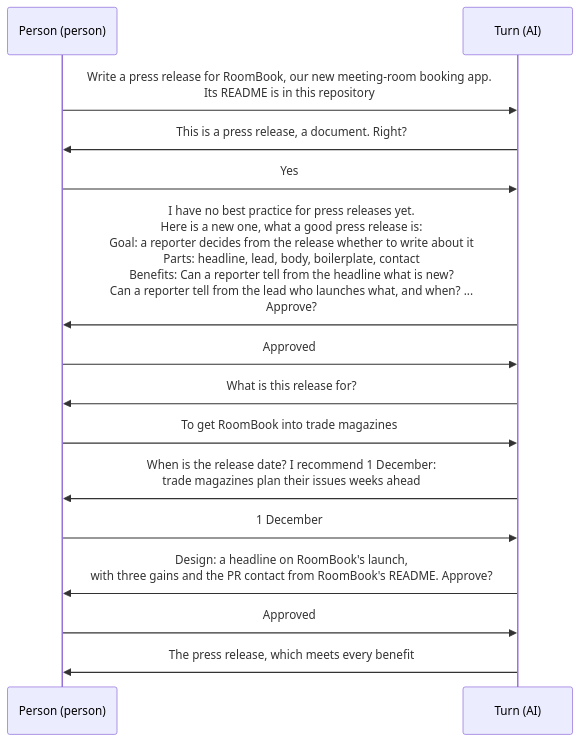
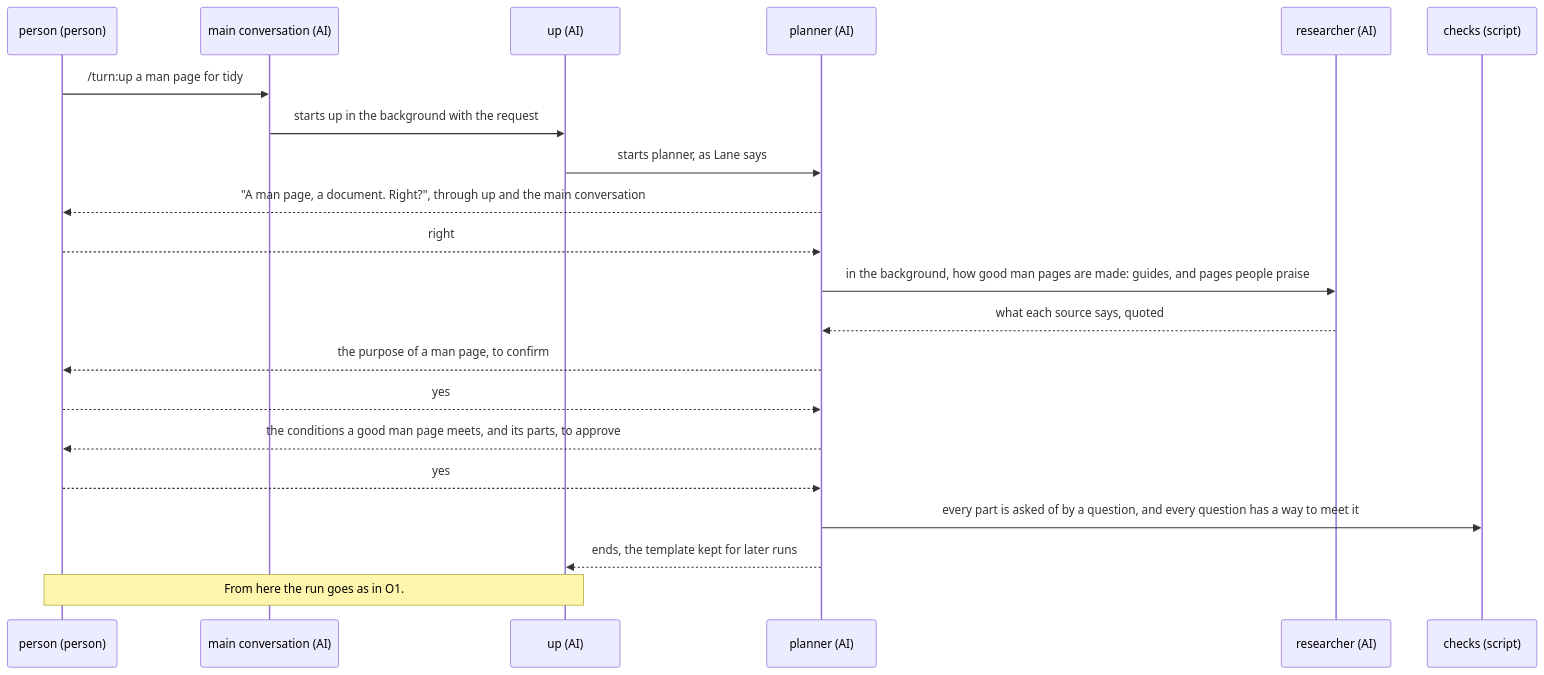
The second of 3 diagrams in dev/turn/ux.md (lovaizu/ccpm), drawn with Mermaid before and after one commit. The commit also changed other lines of this file, not shown here.

First line of the commit message:
turn: UX written anew from turn-rebuild.md: the person gets a work that meets their purpose, of a known kind or a new one, deciding only what is theirs, and a caller such as rn gets back a work it can pass on

````diff
--- a/dev/turn/ux.md
+++ b/dev/turn/ux.md
@@ -22,17 +139,23 @@
 ```mermaid
 sequenceDiagram
-  participant P as Person (person)
-  participant T as Turn (AI)
-  P->>T: Write a press release for RoomBook, our new meeting-room booking app.<br/>Its README is in this repository
-  T->>P: This is a press release, a document. Right?
-  P->>T: Yes
-  T->>P: I have no best practice for press releases yet.<br/>Here is a new one, what a good press release is:<br/>Goal: a reporter decides from the release whether to write about it<br/>Parts: headline, lead, body, boilerplate, contact<br/>Benefits: Can a reporter tell from the headline what is new?<br/>Can a reporter tell from the lead who launches what, and when? ...<br/>Approve?
-  P->>T: Approved
-  T->>P: What is this release for?
-  P->>T: To get RoomBook into trade magazines
-  T->>P: When is the release date? I recommend 1 December:<br/>trade magazines plan their issues weeks ahead
-  P->>T: 1 December
-  T->>P: Design: a headline on RoomBook's launch,<br/>with three gains and the PR contact from RoomBook's README. Approve?
-  P->>T: Approved
-  T->>P: The press release, which meets every benefit
+  participant P as person (person)
+  participant M as main conversation (AI)
+  participant U as up (AI)
+  participant PL as planner (AI)
+  participant R as researcher (AI)
+  participant C as checks (script)
+  P->>M: /turn:up a man page for tidy
+  M->>U: starts up in the background with the request
+  U->>PL: starts planner, as Lane says
+  PL-->>P: "A man page, a document. Right?", through up and the main conversation
+  P-->>PL: right
+  PL->>R: in the background, how good man pages are made: guides, and pages people praise
+  R-->>PL: what each source says, quoted
+  PL-->>P: the purpose of a man page, to confirm
+  P-->>PL: yes
+  PL-->>P: the conditions a good man page meets, and its parts, to approve
+  P-->>PL: yes
+  PL->>C: every part is asked of by a question, and every question has a way to meet it
+  PL-->>U: ends, the template kept for later runs
+  Note over P,U: From here the run goes as in O1.
 ```
````
